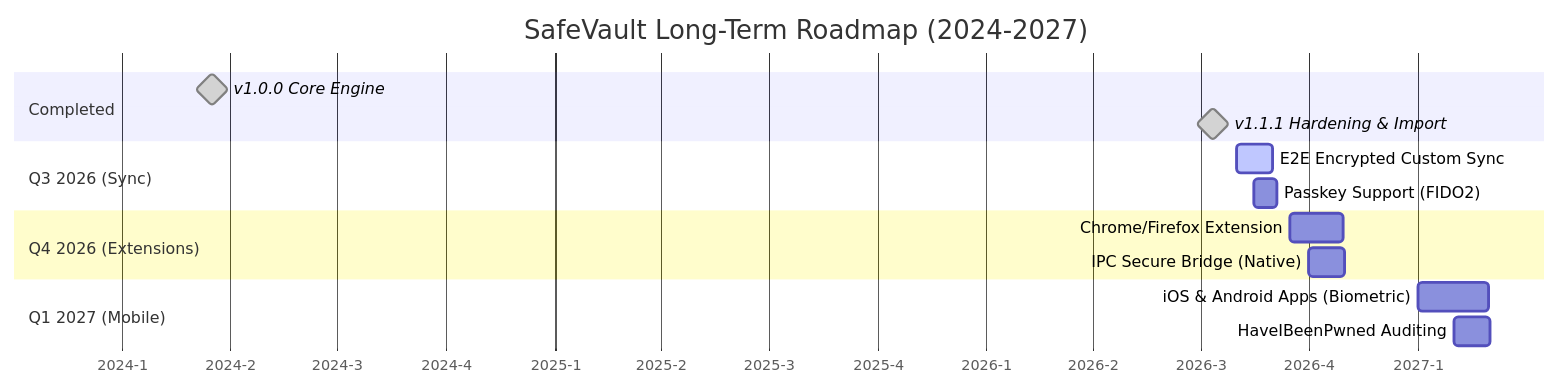
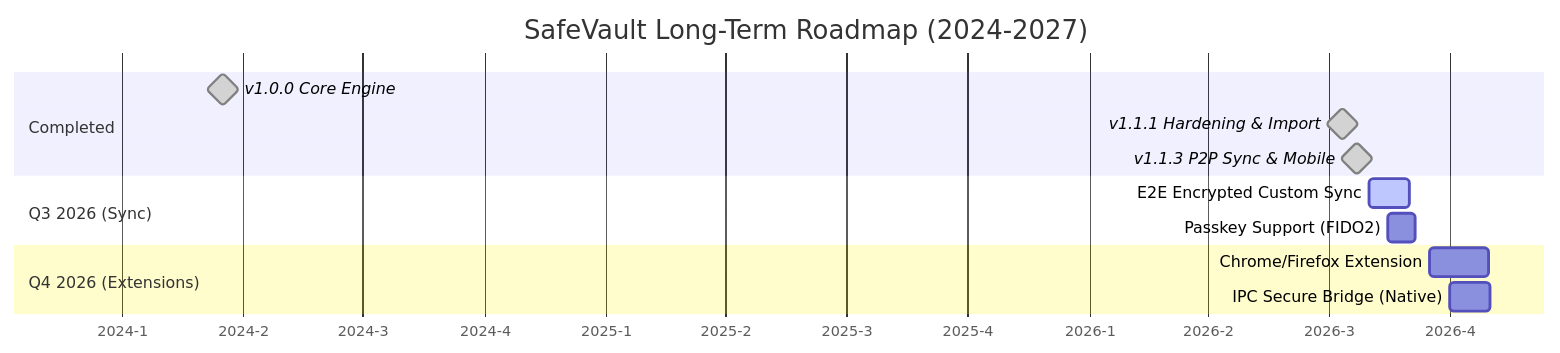
One commit to SudhirDevOps1/SafeVault changed the second of 2 diagrams in docs/features.md. Above: the diagram before and after it, drawn with Mermaid. The commit also changed other lines of this file and 10 other files, not shown here.

````diff
--- a/docs/features.md
+++ b/docs/features.md
@@ -85,22 +89,19 @@
 ```mermaid
 gantt
     title SafeVault Long-Term Roadmap (2024-2027)
     dateFormat  YYYY-MM-DD
     axisFormat  %Y-%q
     
     section Completed
     v1.0.0 Core Engine          :done, milestone, 2024-01-01, 2024-06-01
     v1.1.1 Hardening & Import   :done, milestone, 2026-07-01, 2026-07-22
+    v1.1.3 P2P Sync & Mobile    :done, milestone, 2026-07-22, 2026-07-23
     
     section Q3 2026 (Sync)
     E2E Encrypted Custom Sync   :active, des1, 2026-08-01, 30d
     Passkey Support (FIDO2)     : des2, 2026-08-15, 20d
     
     section Q4 2026 (Extensions)
     Chrome/Firefox Extension    : des3, 2026-09-15, 45d
     IPC Secure Bridge (Native)  : des4, 2026-10-01, 30d
-    
-    section Q1 2027 (Mobile)
-    iOS & Android Apps (Biometric): des5, 2027-01-01, 60d
-    HaveIBeenPwned Auditing     : des6, 2027-02-01, 30d
 ```
````
